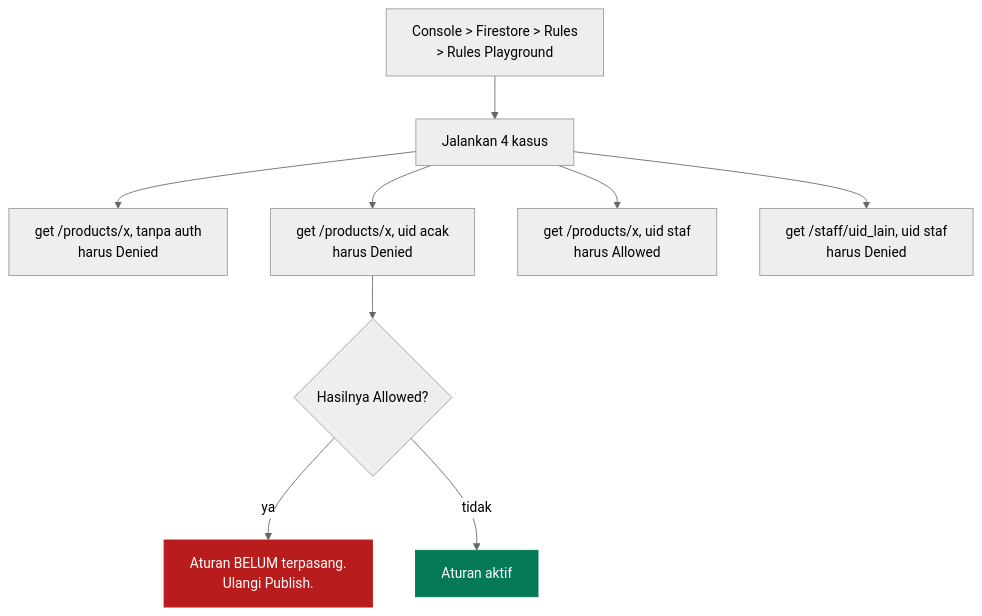
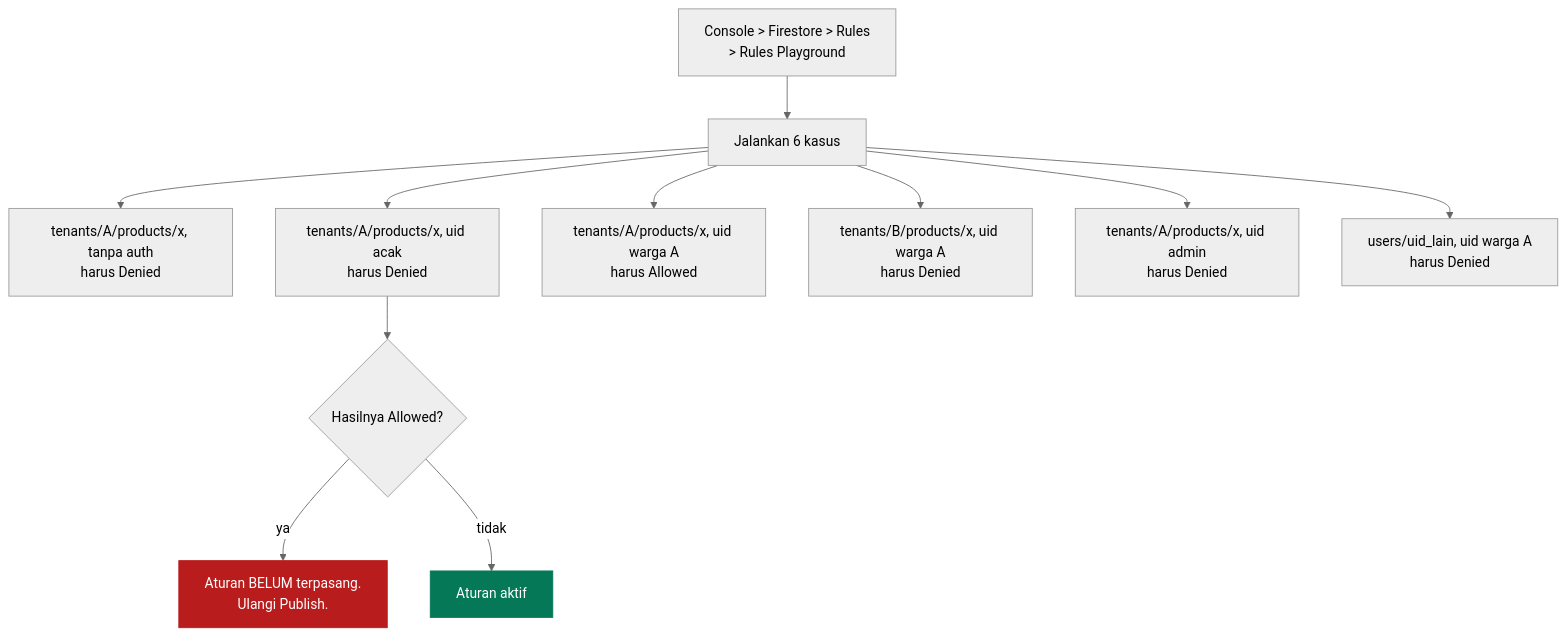
Before and after one commit to nadhimc/simple-pos-kkn-agung: the fifth of 5 diagrams in docs/keamanan.md, drawn with Mermaid (neutral theme). The commit also changed other lines of this file and 10 other files, not shown here.

````diff
--- a/docs/keamanan.md
+++ b/docs/keamanan.md
@@ -182,17 +228,19 @@
 ```mermaid
 flowchart TD
-  A["Console > Firestore > Rules<br/>> Rules Playground"] --> B["Jalankan 4 kasus"]
-  B --> C1["get /products/x, tanpa auth<br/>harus Denied"]
-  B --> C2["get /products/x, uid acak<br/>harus Denied"]
-  B --> C3["get /products/x, uid staf<br/>harus Allowed"]
-  B --> C4["get /staff/uid_lain, uid staf<br/>harus Denied"]
+  A["Console > Firestore > Rules<br/>> Rules Playground"] --> B["Jalankan 6 kasus"]
+  B --> C1["tenants/A/products/x, tanpa auth<br/>harus Denied"]
+  B --> C2["tenants/A/products/x, uid acak<br/>harus Denied"]
+  B --> C3["tenants/A/products/x, uid warga A<br/>harus Allowed"]
+  B --> C4["tenants/B/products/x, uid warga A<br/>harus Denied"]
+  B --> C5["tenants/A/products/x, uid admin<br/>harus Denied"]
+  B --> C6["users/uid_lain, uid warga A<br/>harus Denied"]
 
   C2 --> D{"Hasilnya Allowed?"}
   D -->|"ya"| E["Aturan BELUM terpasang.<br/>Ulangi Publish."]
   D -->|"tidak"| F["Aturan aktif"]
 
   classDef bad fill:#b91c1c,stroke:#b91c1c,color:#ffffff
   classDef ok fill:#047857,stroke:#047857,color:#ffffff
   class E bad
   class F ok
 ```
````
